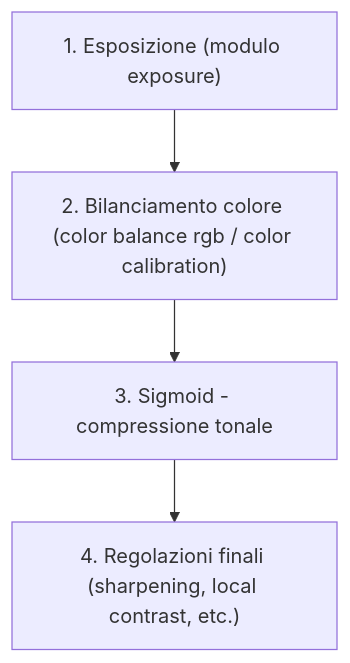
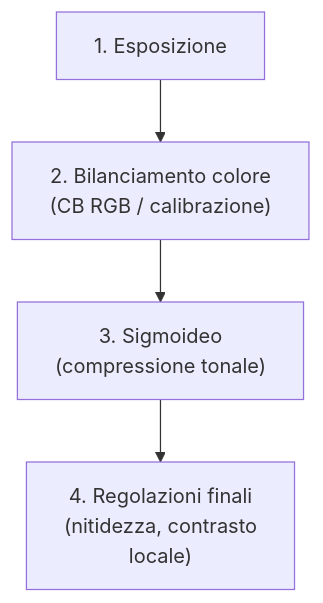
One commit to lorenzoperone/darktable-docs changed the diagram in docs/modules/sigmoid.md. Above: the diagram before and after it, drawn with Mermaid. The commit also changed 40 other files, not shown here.

First line of the commit message:
fix: reformatta diagrammi Mermaid — etichette brevi, break line, italiano

````diff
--- a/docs/modules/sigmoid.md
+++ b/docs/modules/sigmoid.md
@@ -21,4 +21,4 @@
 ```mermaid
 flowchart TD
-    A["1. Esposizione (modulo exposure)"] --> B["2. Bilanciamento colore (color balance rgb / color calibration)"] --> C["3. Sigmoid - compressione tonale"] --> D["4. Regolazioni finali (sharpening, local contrast, etc.)"]
+    A["1. Esposizione"] --> B["2. Bilanciamento colore<br/>(CB RGB / calibrazione)"] --> C["3. Sigmoideo<br/>(compressione tonale)"] --> D["4. Regolazioni finali<br/>(nitidezza, contrasto<br/>locale)"]
 ```
````
